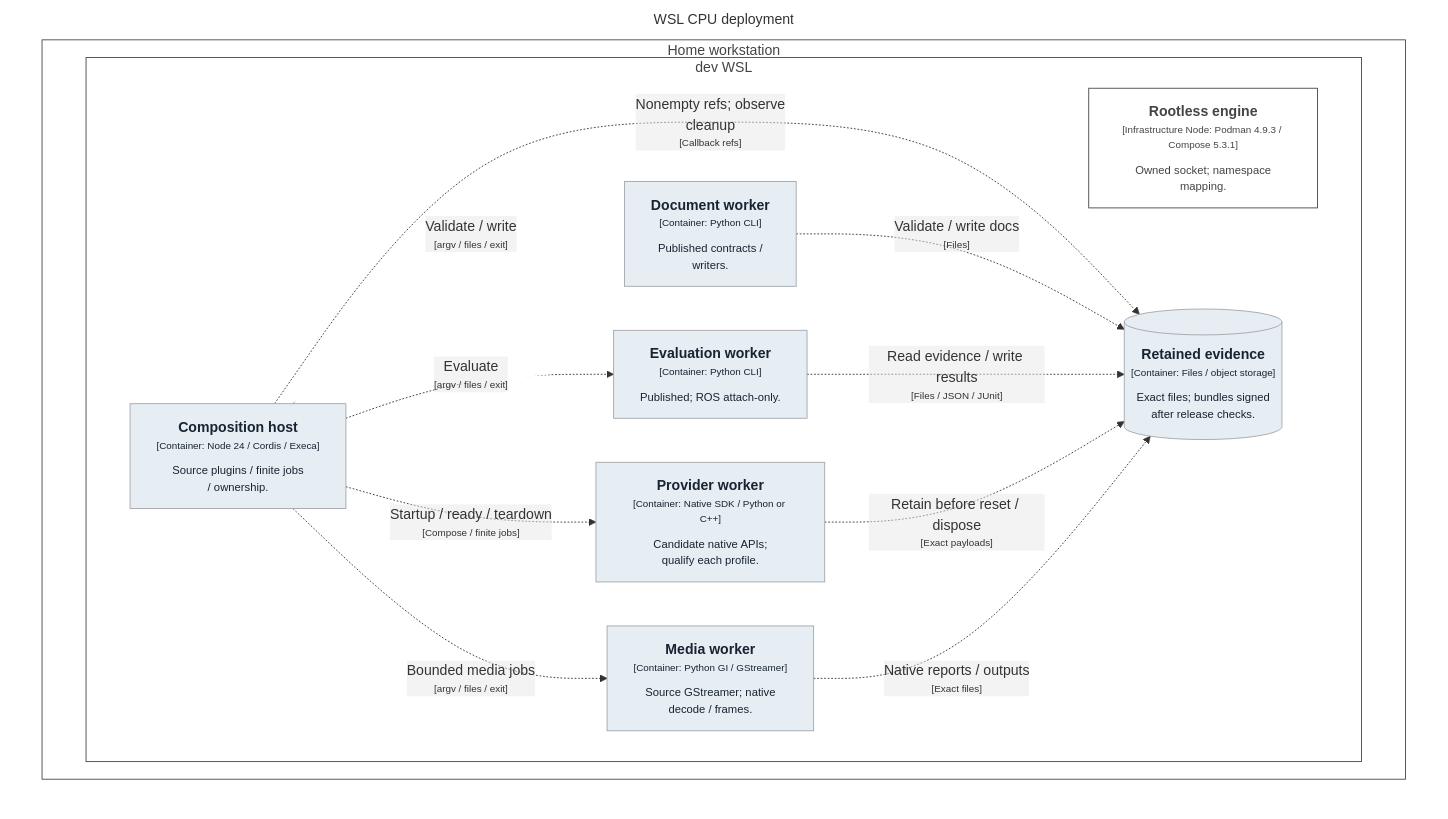
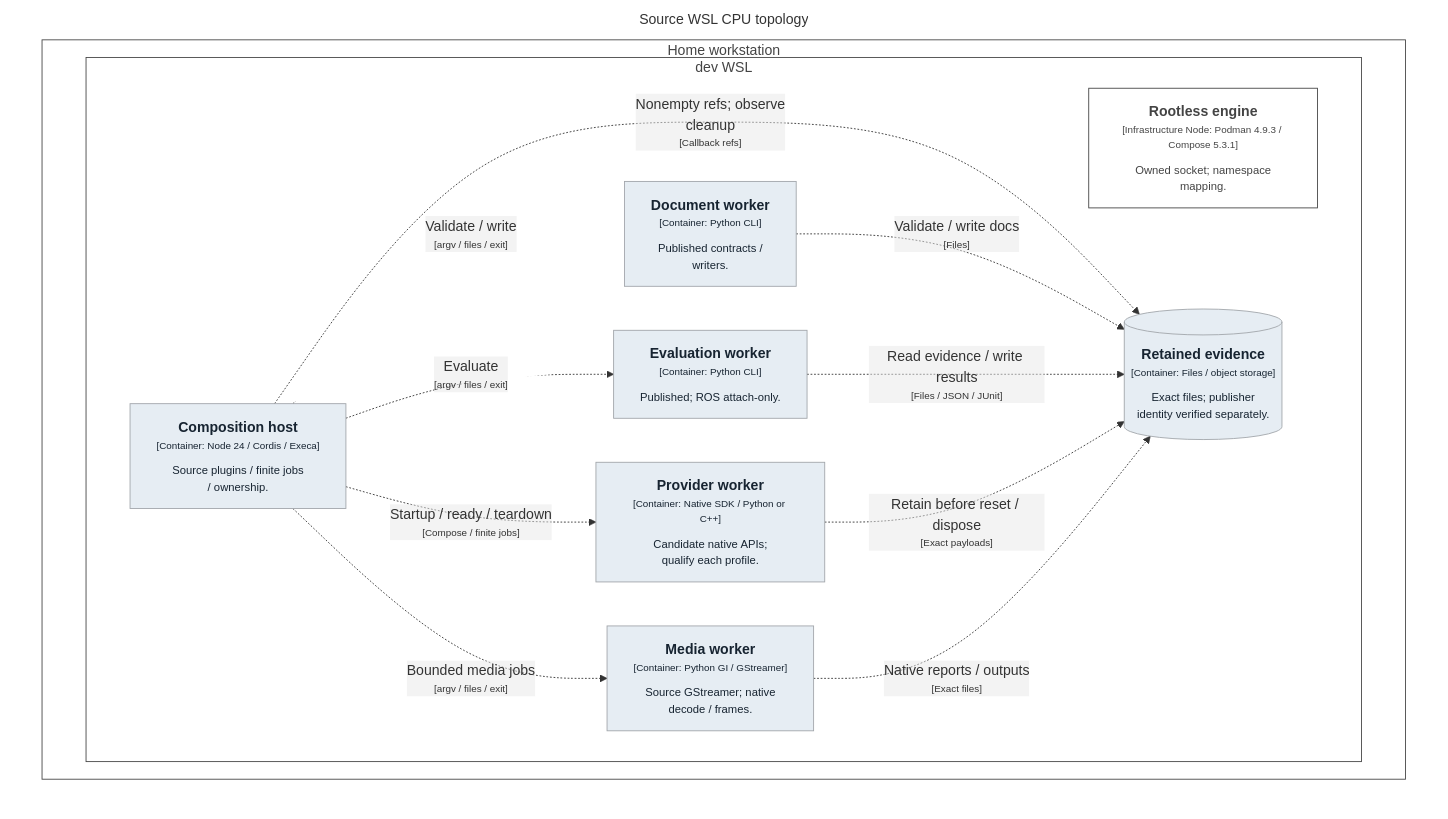
Before and after one commit to mmkolpakov/robotics-runtime: the diagram in docs/architecture/generated/structurizr-HomeDeployment.mmd, drawn with Mermaid. The commit also changed 11 other files, not shown here.

Commit message:
Align lifecycle diagrams with observed producer settlement

```diff
--- a/docs/architecture/generated/structurizr-HomeDeployment.mmd
+++ b/docs/architecture/generated/structurizr-HomeDeployment.mmd
@@ -1,41 +1,41 @@
 graph TB
   linkStyle default fill:#ffffff
 
-  subgraph diagram ["WSL CPU deployment"]
+  subgraph diagram ["Source WSL CPU topology"]
     style diagram fill:#ffffff,stroke:#ffffff
 
     subgraph 35 ["Home workstation"]
       style 35 fill:#ffffff,stroke:#444444,color:#444444
 
       subgraph 36 ["dev WSL"]
         style 36 fill:#ffffff,stroke:#444444,color:#444444
 
         37["<div style='font-weight: bold'>Rootless engine</div><div style='font-size: 70%; margin-top: 0px'>[Infrastructure Node: Podman 4.9.3 / Compose 5.3.1]</div><div style='font-size: 80%; margin-top:10px'>Owned socket; namespace<br />mapping.</div>"]
         style 37 fill:#ffffff,stroke:#444444,color:#444444
         38["<div style='font-weight: bold'>Composition host</div><div style='font-size: 70%; margin-top: 0px'>[Container: Node 24 / Cordis / Execa]</div><div style='font-size: 80%; margin-top:10px'>Source plugins / finite jobs<br />/ ownership.</div>"]
         style 38 fill:#e6edf3,stroke:#a1a5aa,color:#172431
         39["<div style='font-weight: bold'>Document worker</div><div style='font-size: 70%; margin-top: 0px'>[Container: Python CLI]</div><div style='font-size: 80%; margin-top:10px'>Published contracts /<br />writers.</div>"]
         style 39 fill:#e6edf3,stroke:#a1a5aa,color:#172431
         41["<div style='font-weight: bold'>Evaluation worker</div><div style='font-size: 70%; margin-top: 0px'>[Container: Python CLI]</div><div style='font-size: 80%; margin-top:10px'>Published; ROS attach-only.</div>"]
         style 41 fill:#e6edf3,stroke:#a1a5aa,color:#172431
         43["<div style='font-weight: bold'>Provider worker</div><div style='font-size: 70%; margin-top: 0px'>[Container: Native SDK / Python or C++]</div><div style='font-size: 80%; margin-top:10px'>Candidate native APIs;<br />qualify each profile.</div>"]
         style 43 fill:#e6edf3,stroke:#a1a5aa,color:#172431
         45["<div style='font-weight: bold'>Media worker</div><div style='font-size: 70%; margin-top: 0px'>[Container: Python GI / GStreamer]</div><div style='font-size: 80%; margin-top:10px'>Source GStreamer; native<br />decode / frames.</div>"]
         style 45 fill:#e6edf3,stroke:#a1a5aa,color:#172431
-        47[("<div style='font-weight: bold'>Retained evidence</div><div style='font-size: 70%; margin-top: 0px'>[Container: Files / object storage]</div><div style='font-size: 80%; margin-top:10px'>Exact files; bundles signed<br />after release checks.</div>")]
+        47[("<div style='font-weight: bold'>Retained evidence</div><div style='font-size: 70%; margin-top: 0px'>[Container: Files / object storage]</div><div style='font-size: 80%; margin-top:10px'>Exact files; publisher<br />identity verified separately.</div>")]
         style 47 fill:#e6edf3,stroke:#a1a5aa,color:#172431
       end
 
     end
 
     38-. "<div>Validate / write</div><div style='font-size: 70%'>[argv / files / exit]</div>" .->39
     38-. "<div>Evaluate</div><div style='font-size: 70%'>[argv / files / exit]</div>" .->41
     38-. "<div>Startup / ready / teardown</div><div style='font-size: 70%'>[Compose / finite jobs]</div>" .->43
     38-. "<div>Bounded media jobs</div><div style='font-size: 70%'>[argv / files / exit]</div>" .->45
     38-. "<div>Nonempty refs; observe<br />cleanup</div><div style='font-size: 70%'>[Callback refs]</div>" .->47
     39-. "<div>Validate / write docs</div><div style='font-size: 70%'>[Files]</div>" .->47
     41-. "<div>Read evidence / write results</div><div style='font-size: 70%'>[Files / JSON / JUnit]</div>" .->47
     43-. "<div>Retain before reset / dispose</div><div style='font-size: 70%'>[Exact payloads]</div>" .->47
     45-. "<div>Native reports / outputs</div><div style='font-size: 70%'>[Exact files]</div>" .->47
 
   end
```
